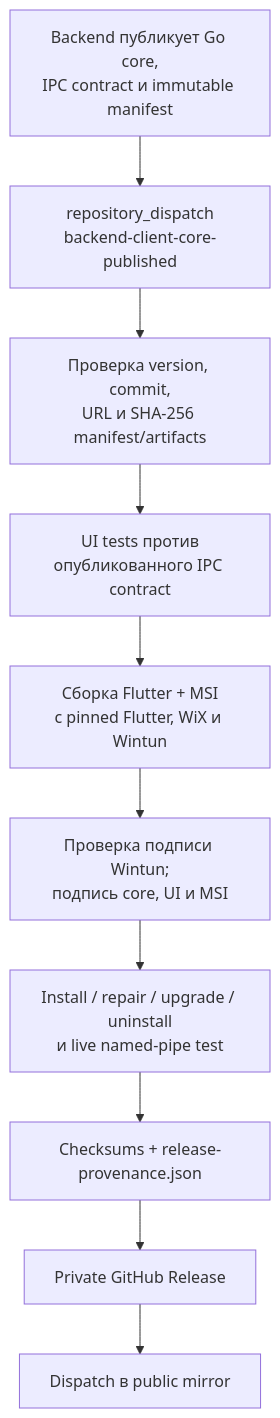
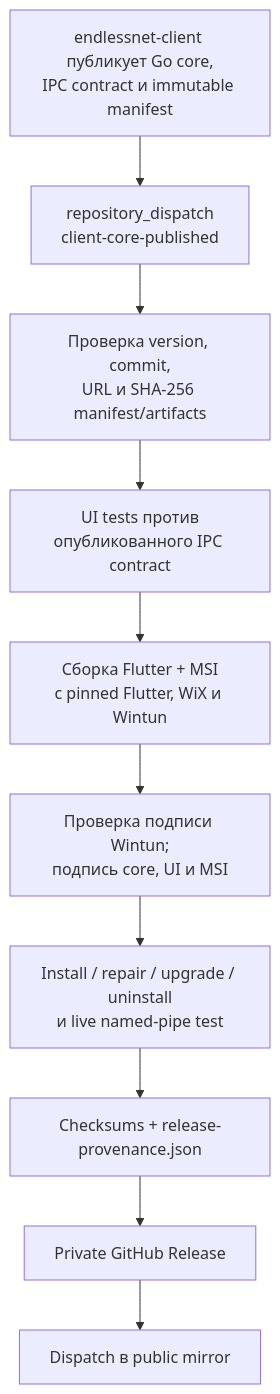
The second of 2 diagrams in docs/architecture-and-future.md (endless-net/client-ui), drawn with Mermaid before and after one commit. The commit also changed other lines of this file and 21 other files, not shown here.

Commit message:
refactor: adopt strict client IPC v1 contract

````diff
--- a/docs/architecture-and-future.md
+++ b/docs/architecture-and-future.md
@@ -210,15 +213,15 @@
 ```mermaid
 flowchart TD
-    Core["Backend публикует Go core,<br/>IPC contract и immutable manifest"]
-    Dispatch["repository_dispatch<br/>backend-client-core-published"]
+    Core["endlessnet-client публикует Go core,<br/>IPC contract и immutable manifest"]
+    Dispatch["repository_dispatch<br/>client-core-published"]
     Verify["Проверка version, commit,<br/>URL и SHA-256 manifest/artifacts"]
     Contract["UI tests против<br/>опубликованного IPC contract"]
     Build["Сборка Flutter + MSI<br/>с pinned Flutter, WiX и Wintun"]
     Sign["Проверка подписи Wintun;<br/>подпись core, UI и MSI"]
     E2E["Install / repair / upgrade / uninstall<br/>и live named-pipe test"]
     Provenance["Checksums + release-provenance.json"]
     Private["Private GitHub Release"]
     Mirror["Dispatch в public mirror"]
 
     Core --> Dispatch --> Verify --> Contract --> Build --> Sign --> E2E --> Provenance --> Private --> Mirror
 ```
````
